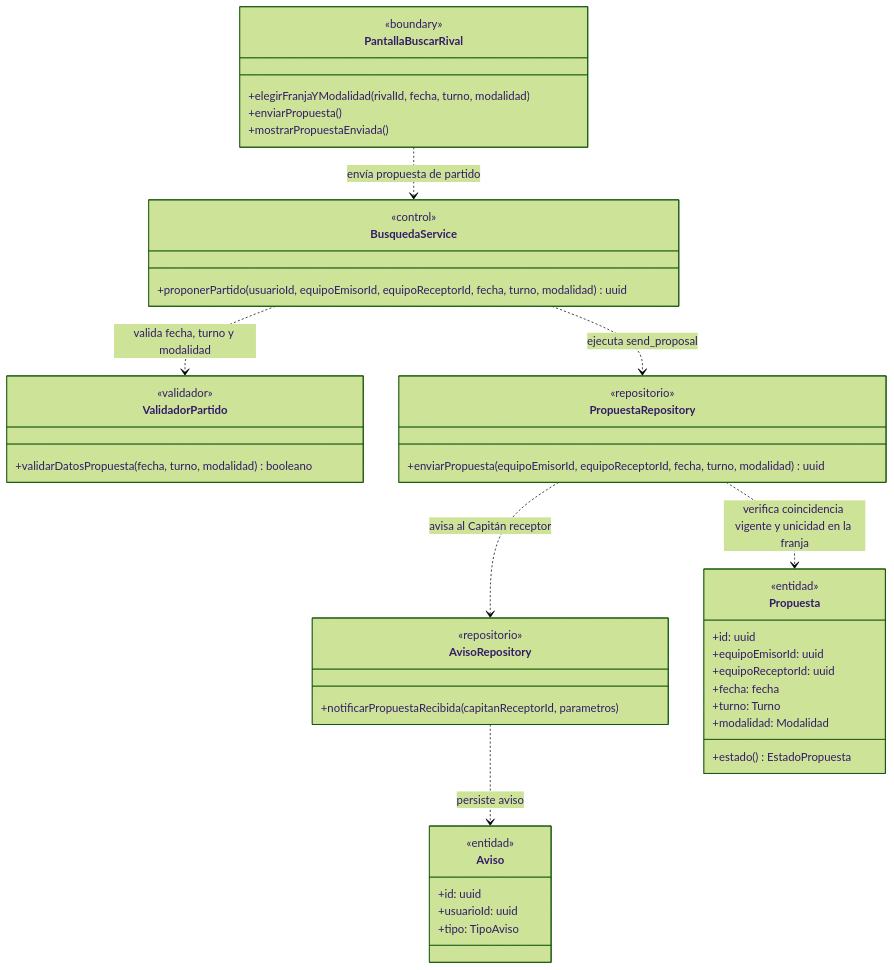
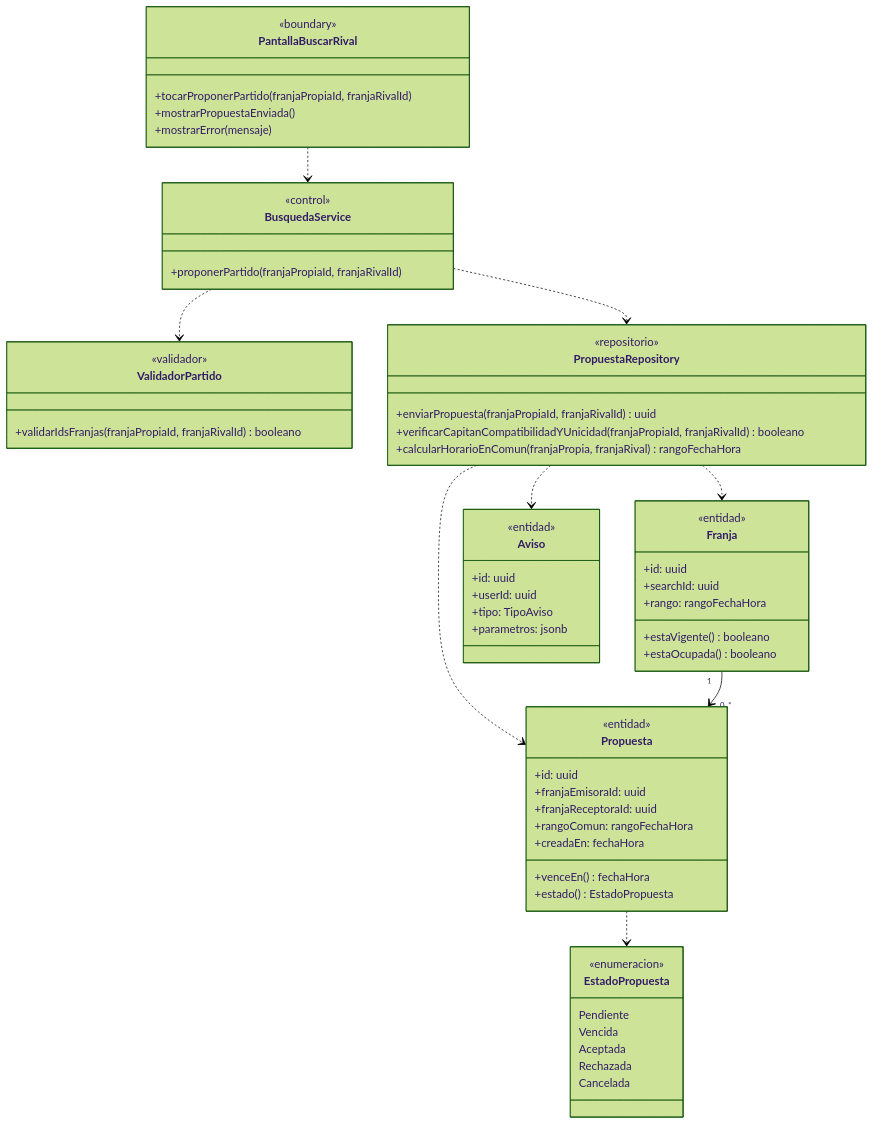
Before and after one commit to nicqletal/torneos-scraper: the fifth of 15 diagrams in docs/diagramas-de-clase/partidos.md, drawn with Mermaid (forest theme). The commit also changed other lines of this file and 13 other files, not shown here.

````diff
--- a/docs/diagramas-de-clase/partidos.md
+++ b/docs/diagramas-de-clase/partidos.md
@@ -350,48 +430,64 @@
 ```mermaid
 classDiagram
-direction TB
 class PantallaBuscarRival {
   <<boundary>>
-  +elegirFranjaYModalidad(rivalId, fecha, turno, modalidad)
-  +enviarPropuesta()
+  +tocarProponerPartido(franjaPropiaId, franjaRivalId)
   +mostrarPropuestaEnviada()
+  +mostrarError(mensaje)
 }
 class BusquedaService {
   <<control>>
-  +proponerPartido(usuarioId, equipoEmisorId, equipoReceptorId, fecha, turno, modalidad) uuid
+  +proponerPartido(franjaPropiaId, franjaRivalId)
 }
 class ValidadorPartido {
   <<validador>>
-  +validarDatosPropuesta(fecha, turno, modalidad) booleano
+  +validarIdsFranjas(franjaPropiaId, franjaRivalId) booleano
 }
 class PropuestaRepository {
   <<repositorio>>
-  +enviarPropuesta(equipoEmisorId, equipoReceptorId, fecha, turno, modalidad) uuid
-}
-class AvisoRepository {
-  <<repositorio>>
-  +notificarPropuestaRecibida(capitanReceptorId, parametros)
+  +enviarPropuesta(franjaPropiaId, franjaRivalId) uuid
+  +verificarCapitanCompatibilidadYUnicidad(franjaPropiaId, franjaRivalId) booleano
+  +calcularHorarioEnComun(franjaPropia, franjaRival) rangoFechaHora
 }
 class Propuesta {
   <<entidad>>
   +id: uuid
-  +equipoEmisorId: uuid
-  +equipoReceptorId: uuid
-  +fecha: fecha
-  +turno: Turno
-  +modalidad: Modalidad
+  +franjaEmisoraId: uuid
+  +franjaReceptoraId: uuid
+  +rangoComun: rangoFechaHora
+  +creadaEn: fechaHora
+  +venceEn() fechaHora
   +estado() EstadoPropuesta
+}
+class Franja {
+  <<entidad>>
+  +id: uuid
+  +searchId: uuid
+  +rango: rangoFechaHora
+  +estaVigente() booleano
+  +estaOcupada() booleano
 }
 class Aviso {
   <<entidad>>
   +id: uuid
-  +usuarioId: uuid
+  +userId: uuid
   +tipo: TipoAviso
+  +parametros: jsonb
 }
-PantallaBuscarRival ..> BusquedaService : envía propuesta de partido
-BusquedaService ..> ValidadorPartido : valida fecha, turno y modalidad
-BusquedaService ..> PropuestaRepository : ejecuta send_proposal
-PropuestaRepository ..> Propuesta : verifica coincidencia vigente y unicidad en la franja
-PropuestaRepository ..> AvisoRepository : avisa al Capitán receptor
-AvisoRepository ..> Aviso : persiste aviso
+class EstadoPropuesta {
+  <<enumeracion>>
+  Pendiente
+  Vencida
+  Aceptada
+  Rechazada
+  Cancelada
+}
+PantallaBuscarRival ..> BusquedaService
+BusquedaService ..> ValidadorPartido
+BusquedaService ..> PropuestaRepository
+PropuestaRepository ..> Franja
+PropuestaRepository ..> Propuesta
+PropuestaRepository ..> Aviso
+Franja "1" --> "0..*" Propuesta
+Propuesta ..> EstadoPropuesta
 ```
````
